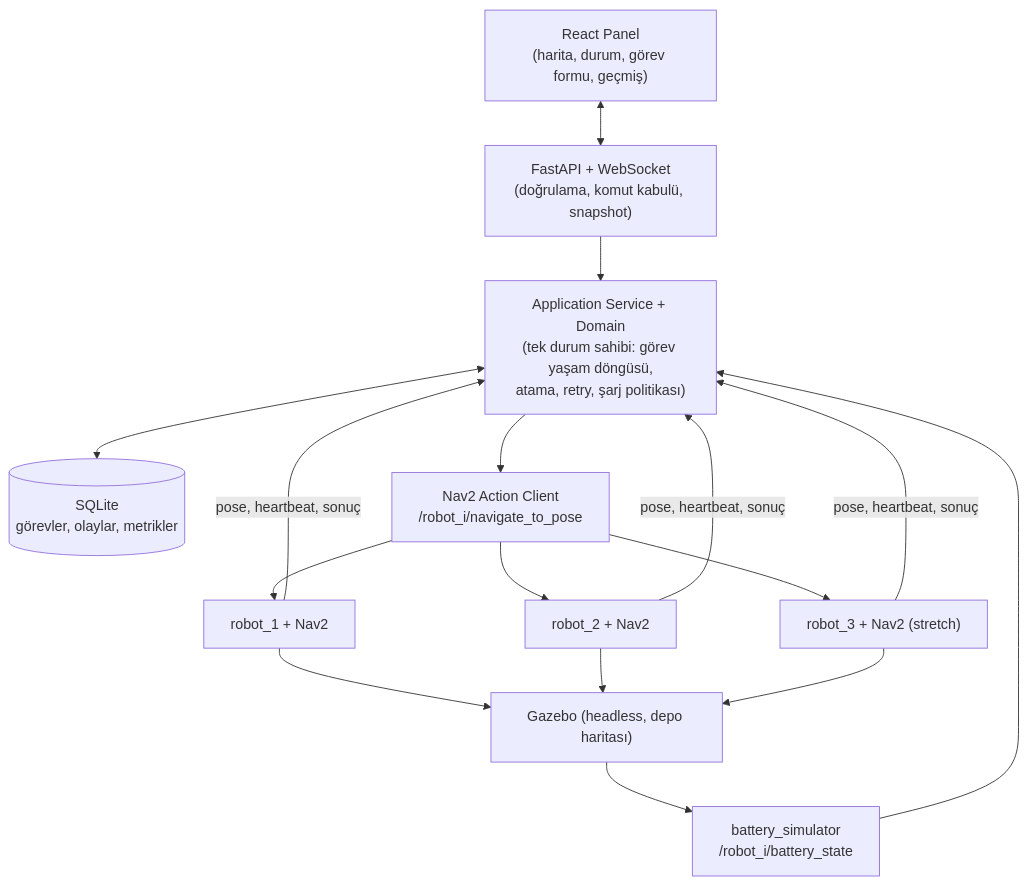
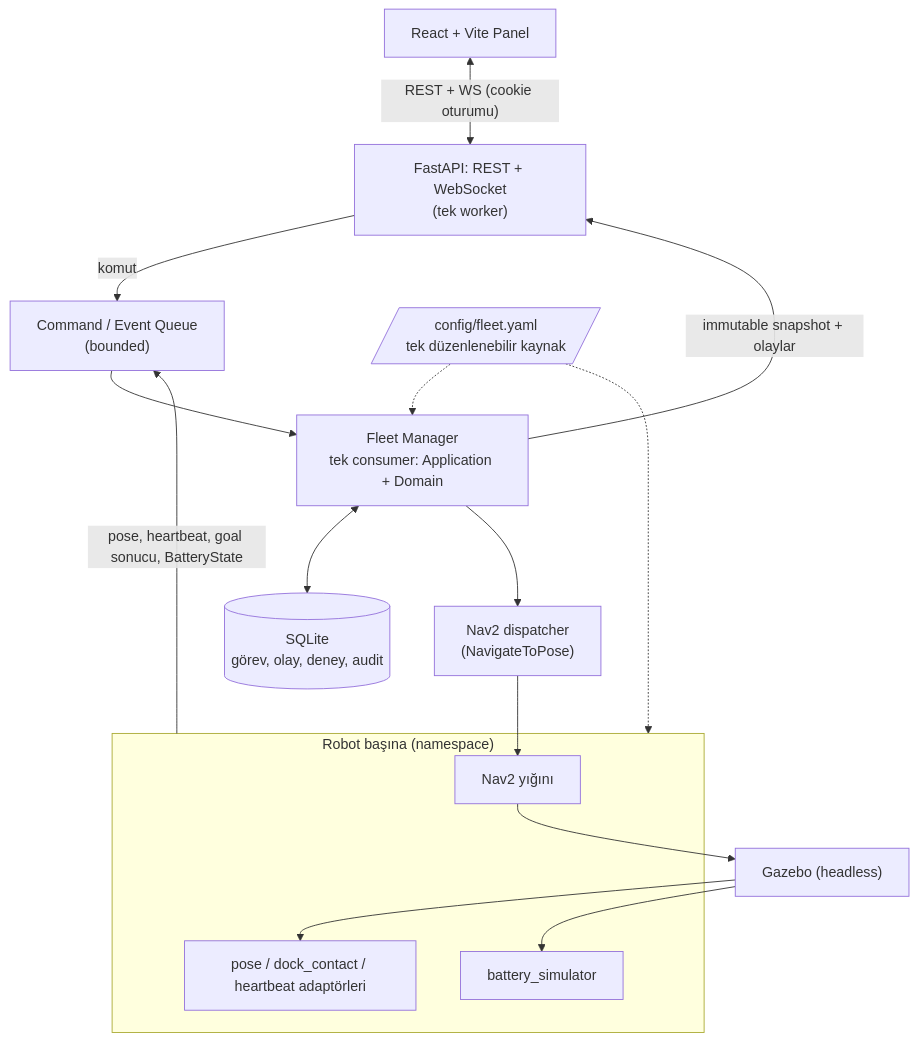
Before and after one commit to m-gnr/ros2-fleet-manager: the first of 3 diagrams in README.md, drawn with Mermaid. The commit also changed other lines of this file and 6 other files, not shown here.

Commit message:
Fast API & Websocket & API mimari planları eklendi && mimari bağlantıları güncellendi

````diff
--- a/README.md
+++ b/README.md
@@ -76,23 +74,29 @@
 ```mermaid
 flowchart TD
-    UI["React Panel<br/>(harita, durum, görev formu, geçmiş)"]
-    API["FastAPI + WebSocket<br/>(doğrulama, komut kabulü, snapshot)"]
-    APP["Application Service + Domain<br/>(tek durum sahibi: görev yaşam döngüsü,<br/>atama, retry, şarj politikası)"]
-    DB[("SQLite<br/>görevler, olaylar, metrikler")]
-    NAV["Nav2 Action Client<br/>/robot_i/navigate_to_pose"]
-    BAT["battery_simulator<br/>/robot_i/battery_state"]
-    R1["robot_1 + Nav2"]
-    R2["robot_2 + Nav2"]
-    R3["robot_3 + Nav2 (stretch)"]
-    GZ["Gazebo (headless, depo haritası)"]
+    UI["React + Vite Panel"]
+    API["FastAPI: REST + WebSocket<br/>(tek worker)"]
+    Q["Command / Event Queue<br/>(bounded)"]
+    FM["Fleet Manager<br/>tek consumer: Application + Domain"]
+    DB[("SQLite<br/>görev, olay, deney, audit")]
+    CFG[/"config/fleet.yaml<br/>tek düzenlenebilir kaynak"/]
+    DISP["Nav2 dispatcher<br/>(NavigateToPose)"]
+    subgraph ROBOT["Robot başına (namespace)"]
+        NAV["Nav2 yığını"]
+        ADP["pose / dock_contact / heartbeat adaptörleri"]
+        BAT["battery_simulator"]
+    end
+    GZ["Gazebo (headless)"]
 
-    UI <--> API
-    API --> APP
-    APP <--> DB
-    APP --> NAV
-    NAV --> R1 & R2 & R3
-    R1 & R2 & R3 --> GZ
+    UI <-->|"REST + WS (cookie oturumu)"| API
+    API -->|komut| Q
+    ROBOT -->|"pose, heartbeat, goal sonucu, BatteryState"| Q
+    Q --> FM
+    FM <--> DB
+    FM --> DISP --> NAV
+    NAV --> GZ
+    GZ --> ADP
     GZ --> BAT
-    BAT --> APP
-    R1 & R2 & R3 -- "pose, heartbeat, sonuç" --> APP
+    CFG -.-> FM
+    CFG -.-> ROBOT
+    FM -->|"immutable snapshot + olaylar"| API
 ```
````
